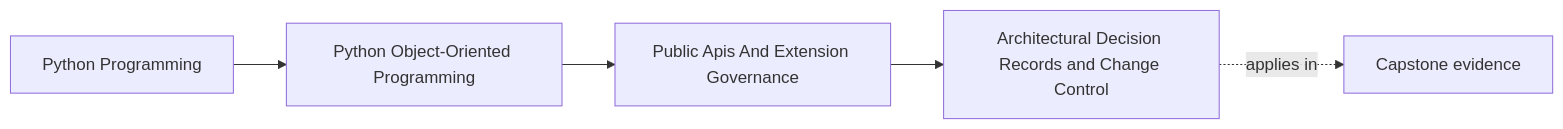
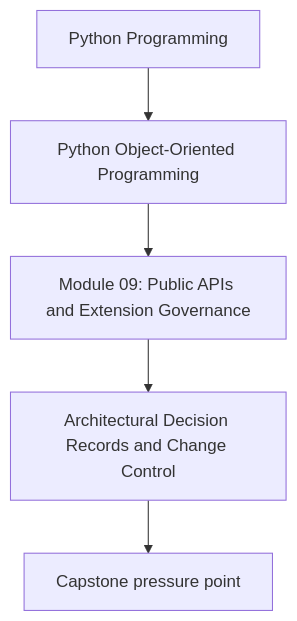
The first of 2 diagrams in programs/python-programming/python-object-oriented-programming/course-book/module-09-public-apis-and-extension-governance/architectural-decision-records-and-change-control.md (bijux/bijux-masterclass), drawn with Mermaid before and after one commit. The commit also changed other lines of this file and 107 other files, not shown here.

Commit message:
docs(python-object-oriented-programming): align concept page diagrams

````diff
--- a/programs/python-programming/python-object-oriented-programming/course-book/module-09-public-apis-and-extension-governance/architectural-decision-records-and-change-control.md
+++ b/programs/python-programming/python-object-oriented-programming/course-book/module-09-public-apis-and-extension-governance/architectural-decision-records-and-change-control.md
@@ -7,11 +7,7 @@
 ```mermaid
-graph LR
-  family["Python Programming"]
-  program["Python Object-Oriented Programming"]
-  section["Public Apis And Extension Governance"]
-  page["Architectural Decision Records and Change Control"]
-  capstone["Capstone evidence"]
-
-  family --> program --> section --> page
-  page -.applies in.-> capstone
+flowchart TD
+  family["Python Programming"] --> program["Python Object-Oriented Programming"]
+  program --> module["Module 09: Public APIs and Extension Governance"]
+  module --> concept["Architectural Decision Records and Change Control"]
+  concept --> capstone["Capstone pressure point"]
 ```
````
